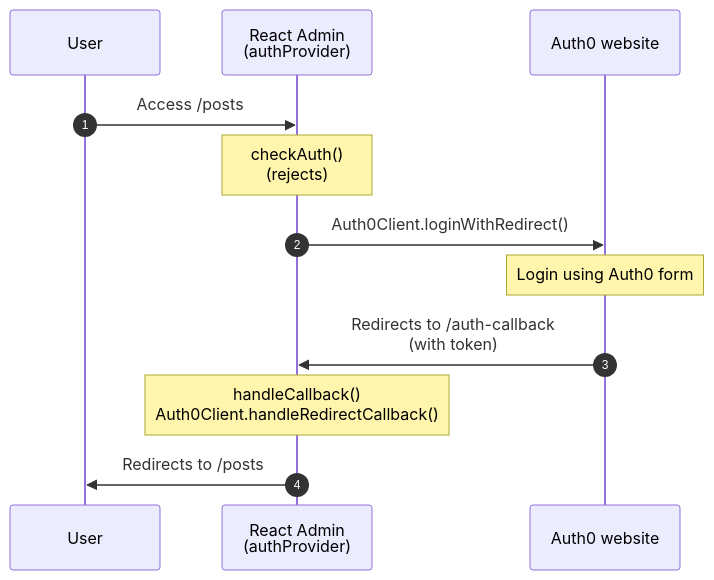
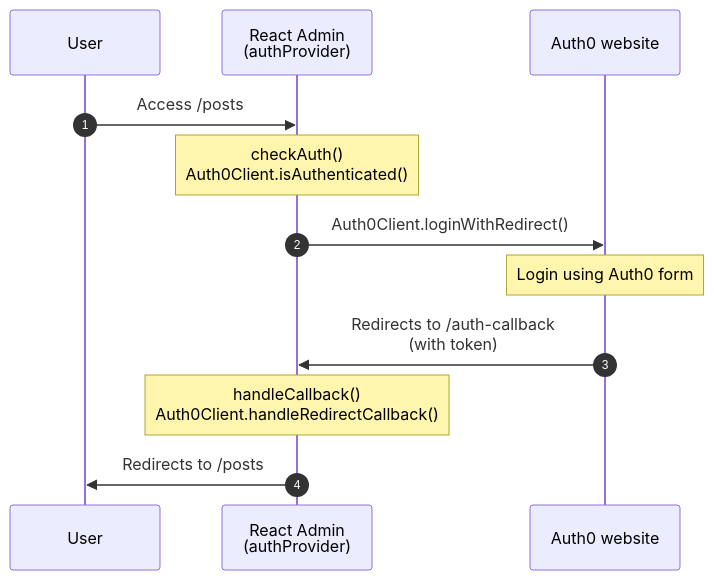
Before and after one commit to marmelab/react-admin: the diagram in docs/Authentication.md, drawn with Mermaid. The commit also changed 1 other file, not shown here.

````diff
--- a/docs/Authentication.md
+++ b/docs/Authentication.md
@@ -434,14 +434,14 @@
 ```mermaid
 sequenceDiagram
     autonumber
     participant U as User
     participant RA as React Admin<br/>(authProvider)
     participant A as Auth0 website
     U->>RA: Access /posts
-    Note over RA: checkAuth()<br/>(rejects)
+    Note over RA: checkAuth()<br/>Auth0Client.isAuthenticated()
     RA->>A: Auth0Client.loginWithRedirect()
     Note over A: Login using Auth0 form
     A->>RA: Redirects to /auth-callback<br/>(with token)
     Note over RA: handleCallback()<br/>Auth0Client.handleRedirectCallback()
     RA->>U: Redirects to /posts
 ```
````
